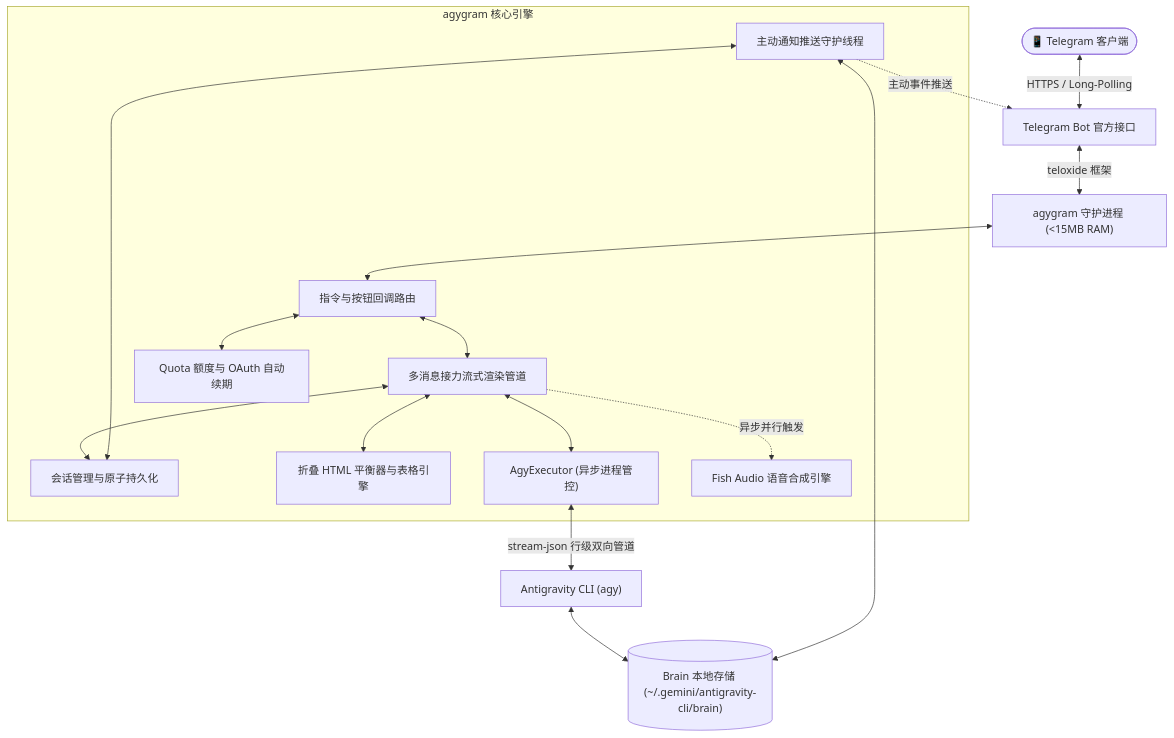
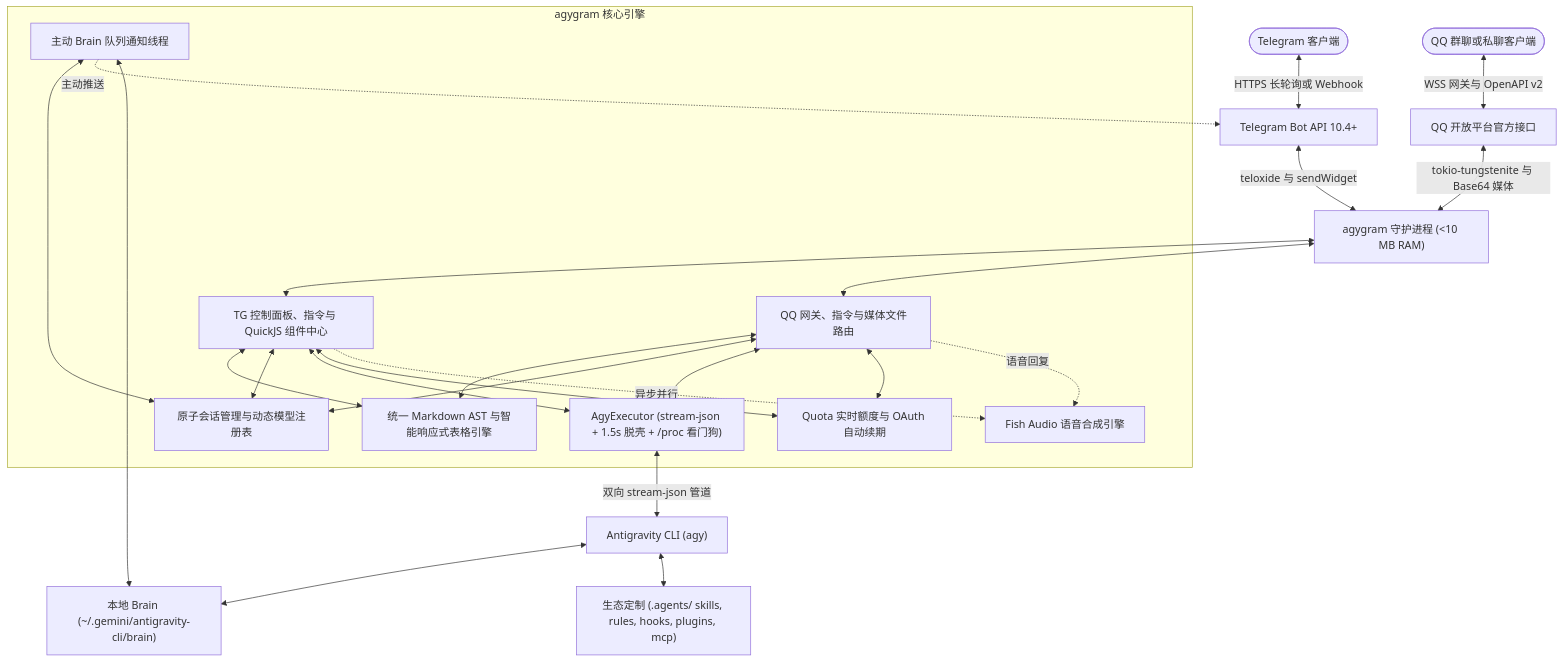
Before and after one commit to d3intran/agygram: the diagram in README_ZH.md, drawn with Mermaid. The commit also changed other lines of this file and 35 other files, not shown here.

Commit message:
feat: release v1.6.0 - unified Markdown AST, dynamic AGY models, TG Control Panel, QuickJS widgets & QQ OpenAPI v2 media

````diff
--- a/README_ZH.md
+++ b/README_ZH.md
@@ -132,30 +138,39 @@
 ```mermaid
 flowchart TD
-    User(["📱 Telegram 客户端"]) <-->|HTTPS / Long-Polling| BotAPI["Telegram Bot 官方接口"]
-    BotAPI <-->|teloxide 框架| Daemon["agygram 守护进程 (<15MB RAM)"]
+    TGUser(["Telegram 客户端"]) <-->|"HTTPS 长轮询或 Webhook"| BotAPI["Telegram Bot API 10.4+"]
+    QQUser(["QQ 群聊或私聊客户端"]) <-->|"WSS 网关与 OpenAPI v2"| QQAPI["QQ 开放平台官方接口"]
 
-    subgraph agygram_Core ["agygram 核心引擎"]
-        Dispatcher["指令与按钮回调路由"]
-        Pipeline["多消息接力流式渲染管道"]
-        SessionMgr["会话管理与原子持久化"]
-        Formatter["折叠 HTML 平衡器与表格引擎"]
-        Executor["AgyExecutor (异步进程管控)"]
-        Notifier["主动通知推送守护线程"]
-        Quota["Quota 额度与 OAuth 自动续期"]
+    BotAPI <-->|"teloxide 与 sendWidget"| Daemon["agygram 守护进程 (<10 MB RAM)"]
+    QQAPI <-->|"tokio-tungstenite 与 Base64 媒体"| Daemon
+
+    subgraph CoreEngine ["agygram 核心引擎"]
+        TGHandler["TG 控制面板、指令与 QuickJS 组件中心"]
+        QQHandler["QQ 网关、指令与媒体文件路由"]
+        AST["统一 Markdown AST 与智能响应式表格引擎"]
+        SessionMgr["原子会话管理与动态模型注册表"]
+        Executor["AgyExecutor (stream-json + 1.5s 脱壳 + /proc 看门狗)"]
+        Notifier["主动 Brain 队列通知线程"]
+        Quota["Quota 实时额度与 OAuth 自动续期"]
         TTS["Fish Audio 语音合成引擎"]
     end
 
-    Daemon <--> Dispatcher
-    Dispatcher <--> Pipeline
-    Dispatcher <--> Quota
-    Pipeline <--> SessionMgr
-    Pipeline <--> Formatter
-    Pipeline <--> Executor
-    Pipeline -.->|异步并行触发| TTS
+    Daemon <--> TGHandler
+    Daemon <--> QQHandler
+    TGHandler <--> AST
+    QQHandler <--> AST
+    TGHandler <--> SessionMgr
+    QQHandler <--> SessionMgr
+    TGHandler <--> Executor
+    QQHandler <--> Executor
+    TGHandler <--> Quota
+    QQHandler <--> Quota
+    TGHandler -.->|"异步并行"| TTS
+    QQHandler -.->|"语音回复"| TTS
     Notifier <--> SessionMgr
-    Notifier -.->|主动事件推送| BotAPI
+    Notifier -.->|"主动推送"| BotAPI
 
-    Executor <-->|"stream-json 行级双向管道"| AgyCLI["Antigravity CLI (agy)"]
-    AgyCLI <--> BrainStore[("Brain 本地存储 (~/.gemini/antigravity-cli/brain)")]
+    Executor <-->|"双向 stream-json 管道"| AgyCLI["Antigravity CLI (agy)"]
+    AgyCLI <--> BrainStore["本地 Brain (~/.gemini/antigravity-cli/brain)"]
+    AgyCLI <--> Customizations["生态定制 (.agents/ skills, rules, hooks, plugins, mcp)"]
     Notifier <--> BrainStore
 ```
````
